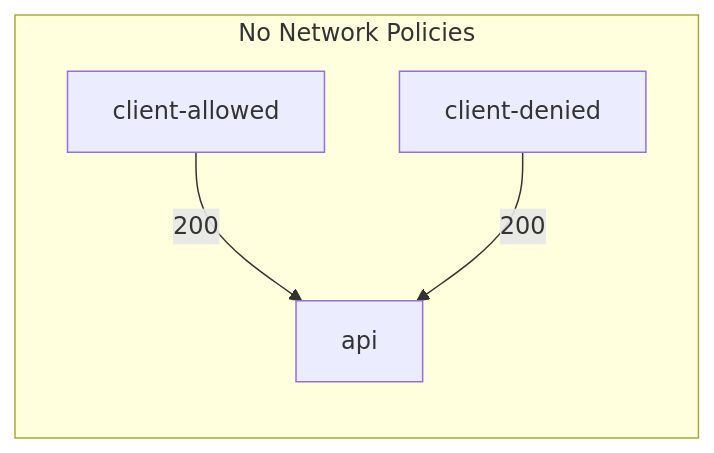
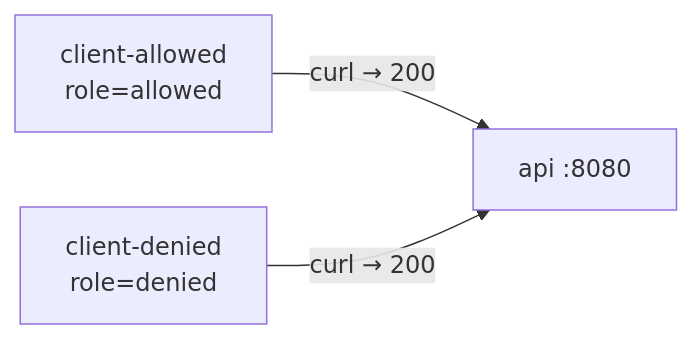
One commit to mfosterrox/openshift-security-roadshow changed the first of 9 diagrams in content/modules/ROOT/pages/101-05-network-policy-basics.adoc. Above: the diagram before and after it, drawn with Mermaid. The commit also changed other lines of this file and 22 other files, not shown here.

```diff
--- a/content/modules/ROOT/pages/101-05-network-policy-basics.adoc
+++ b/content/modules/ROOT/pages/101-05-network-policy-basics.adoc
@@ -59,12 +71,9 @@
 [mermaid]
 ----
 flowchart LR
-
-  subgraph P1["No Network Policies"]
-    CA1[client-allowed]
-    CD1[client-denied]
-    API1[api]
-    CA1 -->|200| API1
-    CD1 -->|200| API1
-  end
+  CA["client-allowed<br/>role=allowed"]
+  CD["client-denied<br/>role=denied"]
+  API["api :8080"]
+  CA -->|"curl → 200"| API
+  CD -->|"curl → 200"| API
 ----
```
